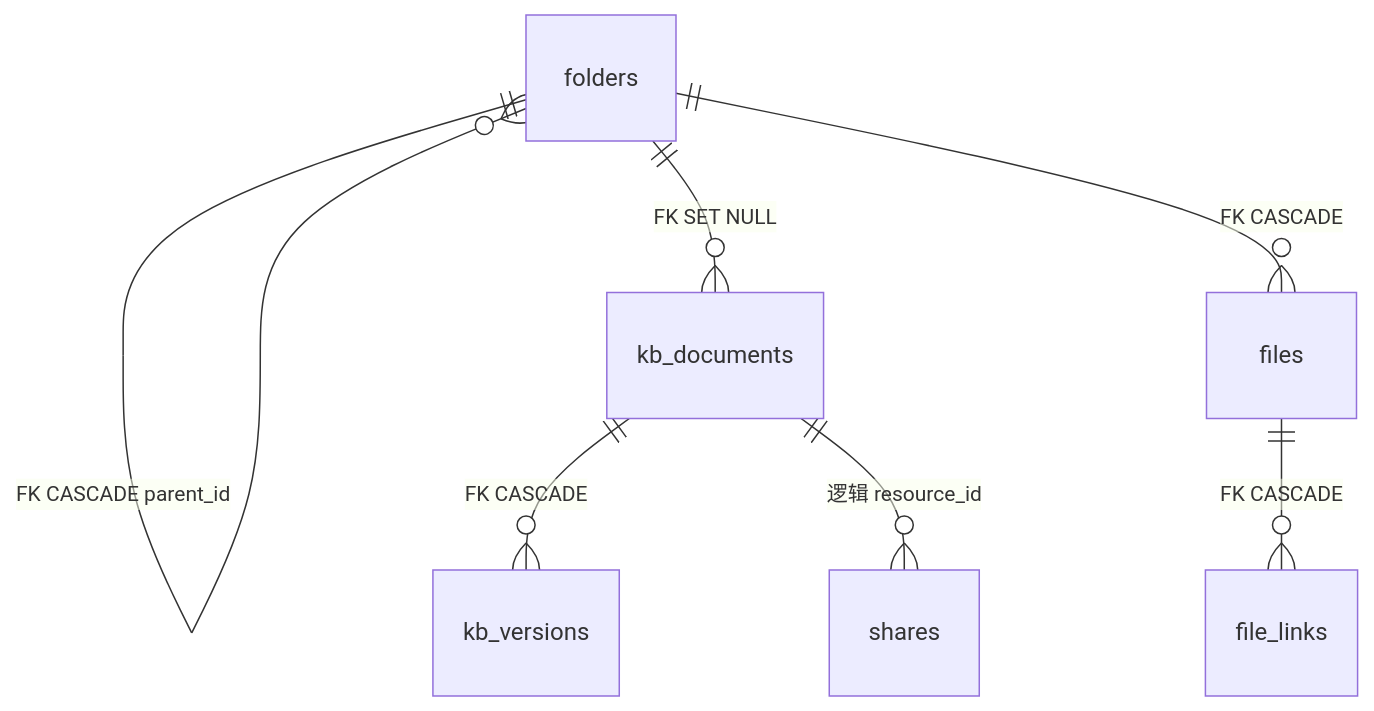
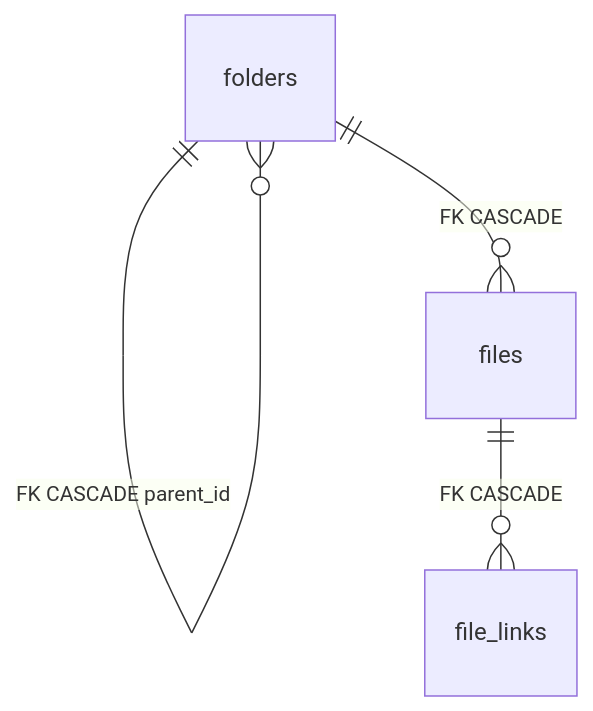
One commit to linjiejim/greenhouse changed the third of 4 diagrams in packages/db/src/db-schema.md. Above: the diagram before and after it, drawn with Mermaid. The commit also changed other lines of this file and 311 other files, not shown here.

````diff
--- a/packages/db/src/db-schema.md
+++ b/packages/db/src/db-schema.md
@@ -335,9 +327,6 @@
 ```mermaid
 erDiagram
     folders ||--o{ folders : "FK CASCADE parent_id"
-    folders ||--o{ kb_documents : "FK SET NULL"
-    kb_documents ||--o{ kb_versions : "FK CASCADE"
     folders ||--o{ files : "FK CASCADE"
     files ||--o{ file_links : "FK CASCADE"
-    kb_documents ||--o{ shares : "逻辑 resource_id"
 ```
````
